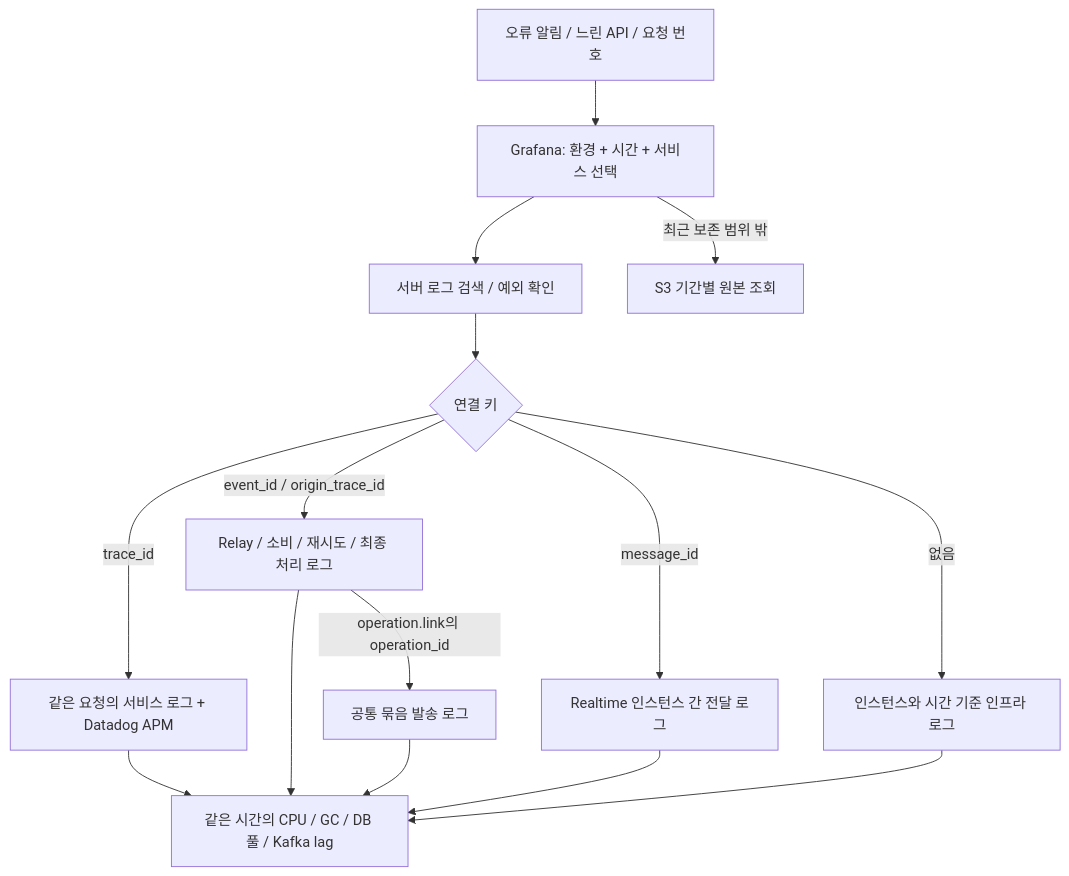
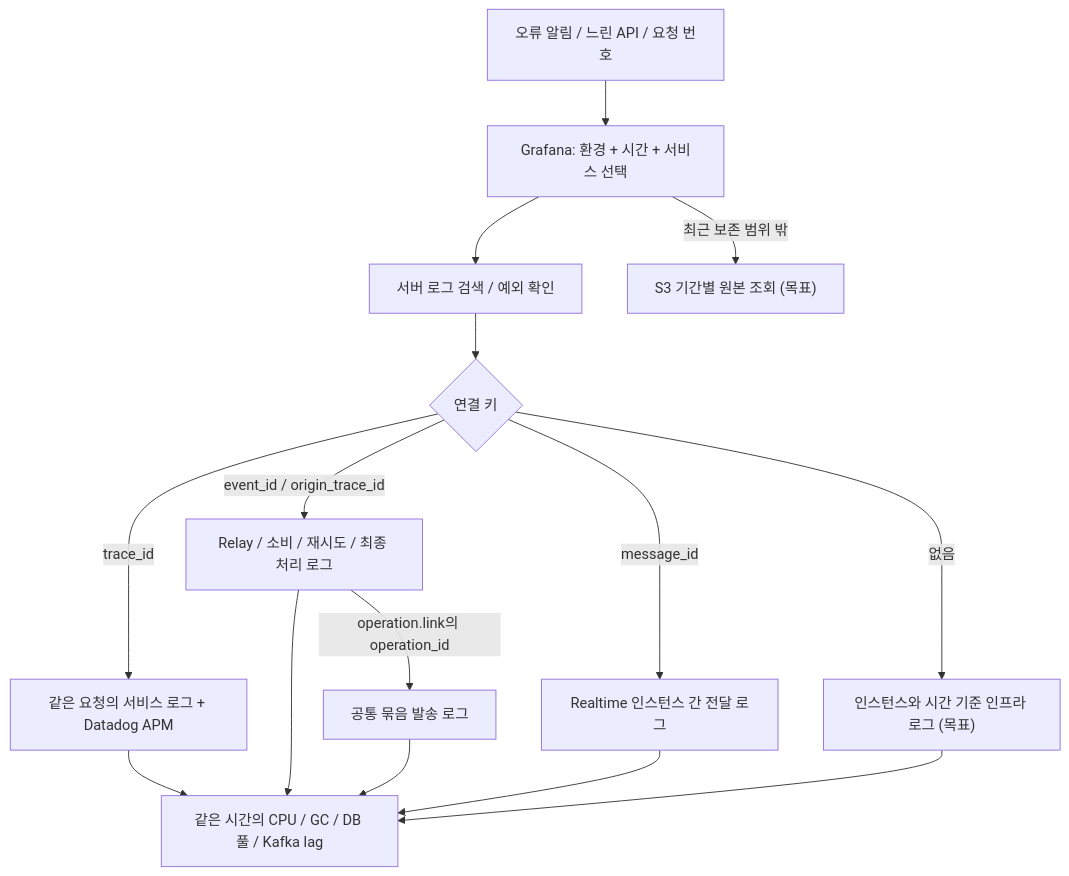
One commit to OneOrThree/phone changed the eighth of 8 diagrams in docs/architecture/server-log-observability/README.md. Above: the diagram before and after it, drawn with Mermaid. The commit also changed other lines of this file and 5 other files, not shown here.

Commit message:
[CHORE] GROMO-2580 조사표 §6 판정 문구를 더하고 다이어그램의 미구현 경로에 «(목표)» 라벨을 붙인다

````diff
--- a/docs/architecture/server-log-observability/README.md
+++ b/docs/architecture/server-log-observability/README.md
@@ -275,17 +275,17 @@
 ```mermaid
 flowchart TD
     A[오류 알림 / 느린 API / 요청 번호] --> B[Grafana: 환경 + 시간 + 서비스 선택]
     B --> C[서버 로그 검색 / 예외 확인]
     C --> D{연결 키}
     D -->|trace_id| T[같은 요청의 서비스 로그 + Datadog APM]
     D -->|event_id / origin_trace_id| E[Relay / 소비 / 재시도 / 최종 처리 로그]
     E -->|operation.link의 operation_id| O[공통 묶음 발송 로그]
     D -->|message_id| RT[Realtime 인스턴스 간 전달 로그]
-    D -->|없음| I[인스턴스와 시간 기준 인프라 로그]
+    D -->|없음| I["인스턴스와 시간 기준 인프라 로그 (목표)"]
     T --> M[같은 시간의 CPU / GC / DB 풀 / Kafka lag]
     E --> M
     O --> M
     RT --> M
     I --> M
-    B -->|최근 보존 범위 밖| S[S3 기간별 원본 조회]
+    B -->|최근 보존 범위 밖| S["S3 기간별 원본 조회 (목표)"]
 ```
````
